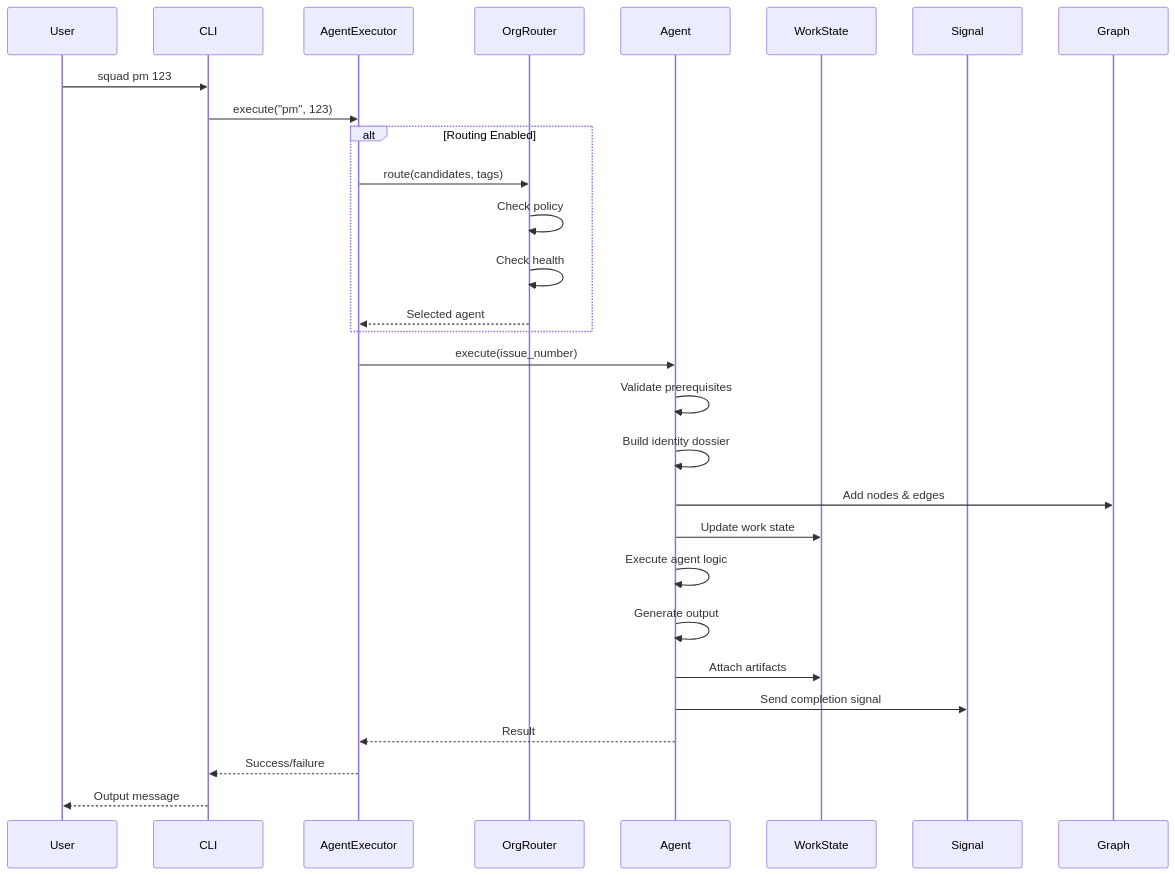
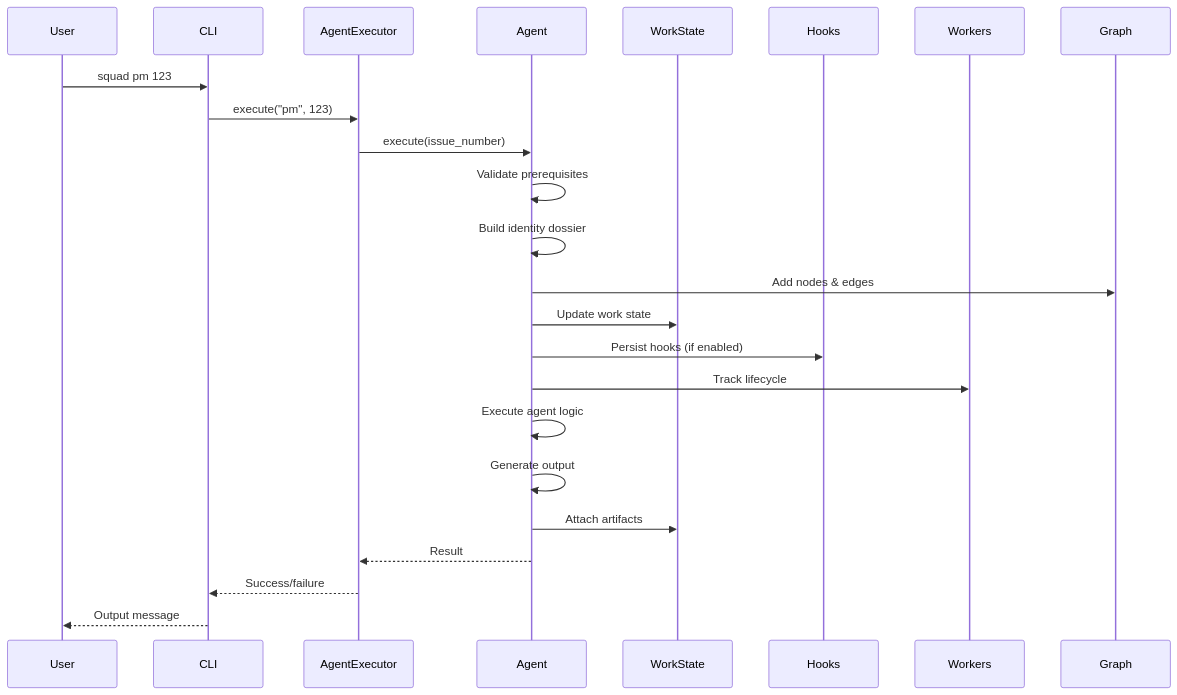
Before and after one commit to jnPiyush/AI-Squad: the second of 4 diagrams in docs/architecture/ARCHITECTURE-DIAGRAMS.md, drawn with Mermaid. The commit also changed other lines of this file and 33 other files, not shown here.

````diff
--- a/docs/architecture/ARCHITECTURE-DIAGRAMS.md
+++ b/docs/architecture/ARCHITECTURE-DIAGRAMS.md
@@ -136,39 +91,32 @@
 ```mermaid
 sequenceDiagram
     participant User
     participant CLI
     participant Executor as AgentExecutor
-    participant Router as OrgRouter
     participant Agent
     participant WS as WorkState
-    participant Signal
+    participant Hooks
+    participant Workers
     participant Graph
     
     User->>CLI: squad pm 123
     CLI->>Executor: execute("pm", 123)
-    
-    alt Routing Enabled
-        Executor->>Router: route(candidates, tags)
-        Router->>Router: Check policy
-        Router->>Router: Check health
-        Router-->>Executor: Selected agent
-    end
     
     Executor->>Agent: execute(issue_number)
     
     Agent->>Agent: Validate prerequisites
     Agent->>Agent: Build identity dossier
     
     Agent->>Graph: Add nodes & edges
     Agent->>WS: Update work state
+    Agent->>Hooks: Persist hooks (if enabled)
+    Agent->>Workers: Track lifecycle
     
     Agent->>Agent: Execute agent logic
     Agent->>Agent: Generate output
     
     Agent->>WS: Attach artifacts
-    Agent->>Signal: Send completion signal
-    
     Agent-->>Executor: Result
     Executor-->>CLI: Success/failure
     CLI-->>User: Output message
 ```
````
